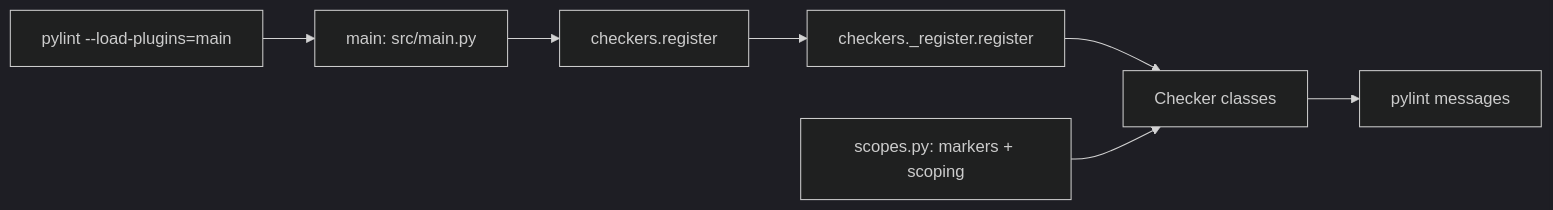
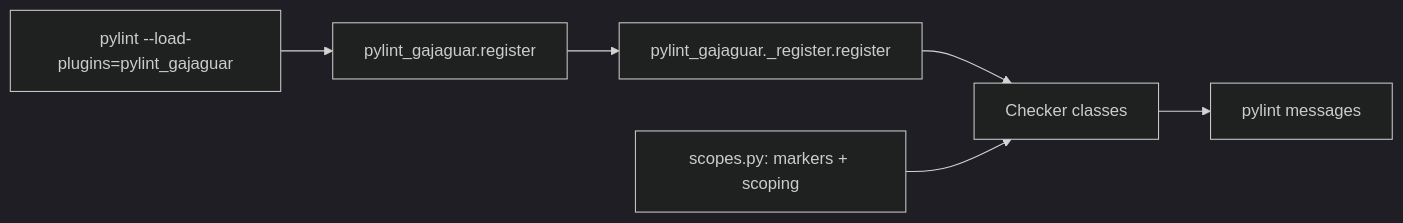
Before and after one commit to gajaguar/pylint-gajaguar: the diagram in README.md, drawn with Mermaid (dark theme). The commit also changed other lines of this file and 44 other files, not shown here.

First line of the commit message:
refactor!: rename package to pylint-gajaguar (#5)

````diff
--- a/README.md
+++ b/README.md
@@ -144,9 +144,8 @@
 ```mermaid
 flowchart LR
-  Run[pylint --load-plugins=main] --> Main[main: src/main.py]
-  Main --> Reg[checkers.register]
-  Reg --> Def[checkers._register.register]
+  Run[pylint --load-plugins=pylint_gajaguar] --> Pkg[pylint_gajaguar.register]
+  Pkg --> Def[pylint_gajaguar._register.register]
   Def --> Checks[Checker classes]
   Scopes[scopes.py: markers + scoping] --> Checks
   Checks --> Msgs[pylint messages]
 ```
````
